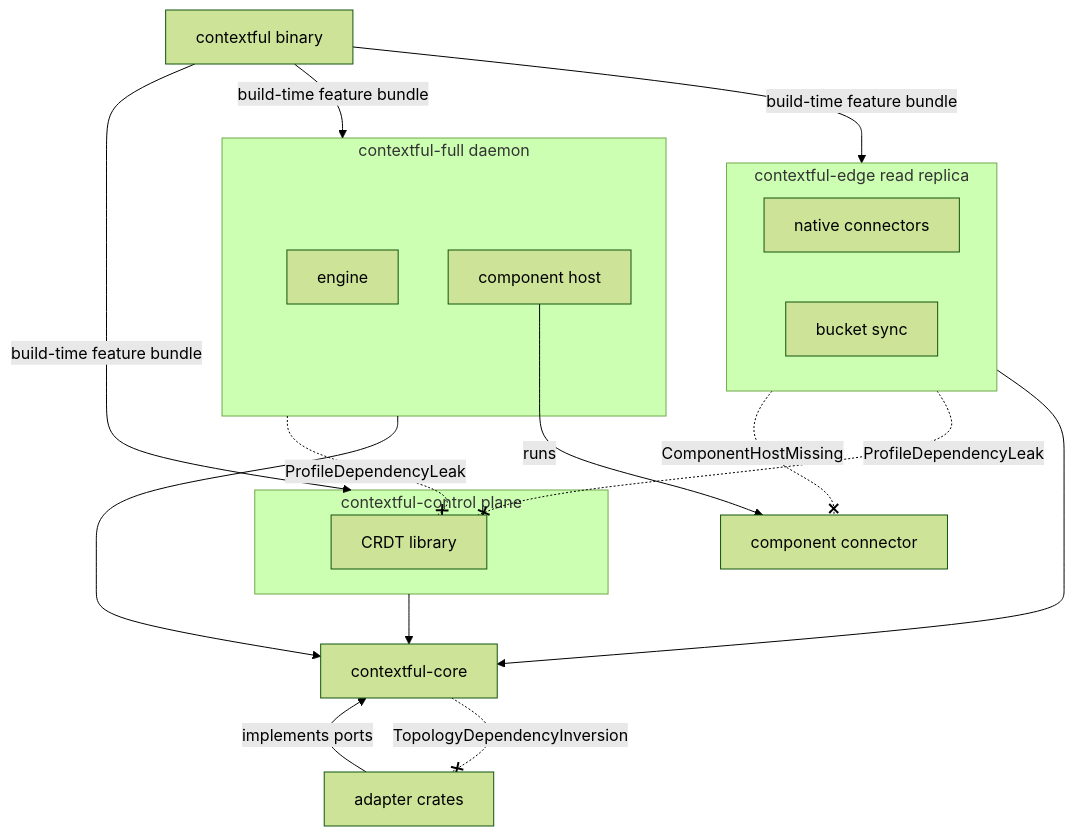
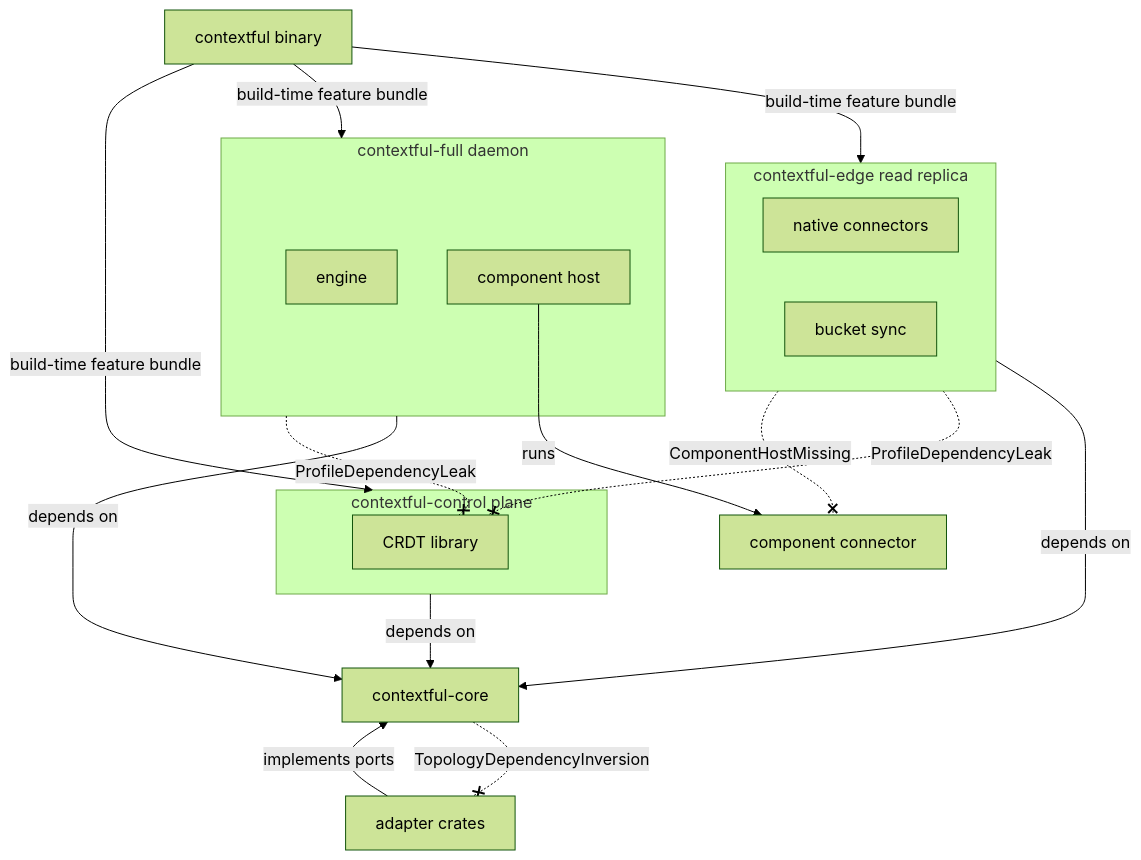
The second of 5 diagrams in spec/01-topology.md (fractalboxdev/contextful), drawn with Mermaid (forest theme) before and after one commit. The commit also changed other lines of this file and 31 other files, not shown here.

First line of the commit message:
spec: every diagram draws things as nodes and what flows as labelled edges

````diff
--- a/spec/01-topology.md
+++ b/spec/01-topology.md
@@ -113,28 +114,28 @@
 ```mermaid
 flowchart TD
   CLI["contextful binary"]
   CORE["contextful-core"]
   ADAPT["adapter crates"]
   COMP["component connector"]
 
   subgraph EDGE["contextful-edge read replica"]
     NATIVE["native connectors"]
     SYNC["bucket sync"]
   end
   subgraph FULL["contextful-full daemon"]
     ENGINE["engine"]
     HOST["component host"]
   end
   subgraph CTRL["contextful-control plane"]
     CRDT["CRDT library"]
   end
 
   CLI -- "build-time feature bundle" --> EDGE & FULL & CTRL
-  EDGE & FULL & CTRL --> CORE
+  EDGE & FULL & CTRL -- "depends on" --> CORE
   ADAPT -- "implements ports" --> CORE
   CORE -. "TopologyDependencyInversion" .-x ADAPT
   EDGE -. "ProfileDependencyLeak" .-x CRDT
   FULL -. "ProfileDependencyLeak" .-x CRDT
   EDGE -. "ComponentHostMissing" .-x COMP
   HOST -- "runs" --> COMP
 ```
````
